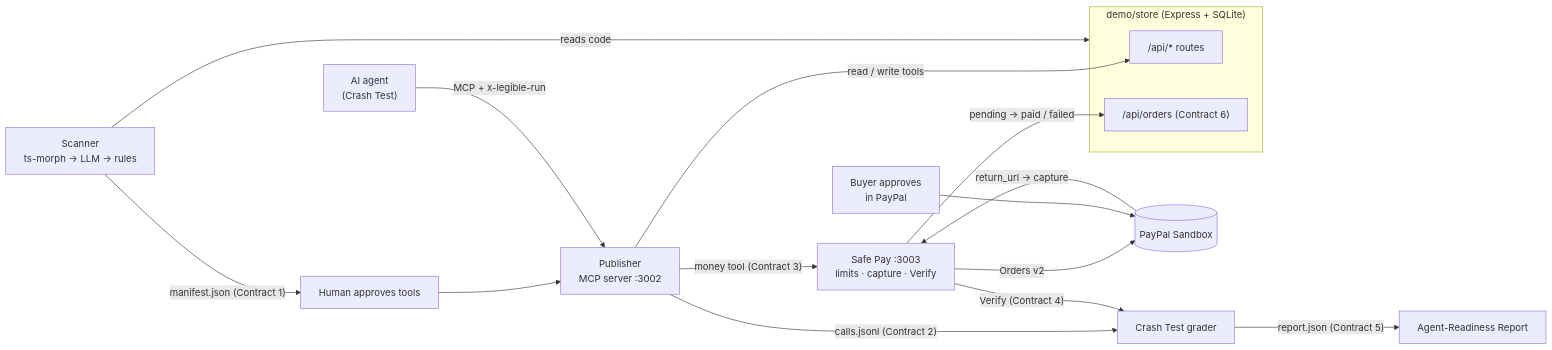
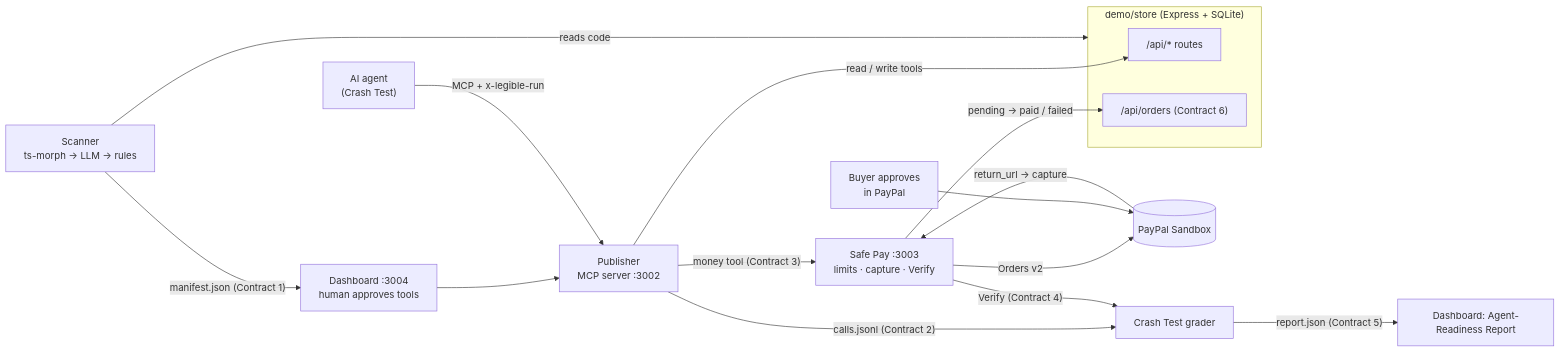
One commit to EshanGoel07/legible changed the diagram in README.md. Above: the diagram before and after it, drawn with Mermaid. The commit also changed other lines of this file and 36 other files, not shown here.

Commit message:
feat(dashboard): tools approval + Agent-Readiness report (bugs on/off), wired into pnpm demo --manual (M6)

````diff
--- a/README.md
+++ b/README.md
@@ -21,20 +21,20 @@
 ```mermaid
 flowchart LR
   subgraph Site["demo/store (Express + SQLite)"]
     API["/api/* routes"]
     Orders["/api/orders (Contract 6)"]
   end
   Scanner["Scanner<br/>ts-morph → LLM → rules"] -- "reads code" --> Site
-  Scanner -- "manifest.json (Contract 1)" --> Human["Human approves tools"]
+  Scanner -- "manifest.json (Contract 1)" --> Human["Dashboard :3004<br/>human approves tools"]
   Human --> Publisher["Publisher<br/>MCP server :3002"]
   Agent["AI agent<br/>(Crash Test)"] -- "MCP + x-legible-run" --> Publisher
   Publisher -- "read / write tools" --> API
   Publisher -- "money tool (Contract 3)" --> SafePay["Safe Pay :3003<br/>limits · capture · Verify"]
   SafePay -- "Orders v2" --> PayPal[("PayPal Sandbox")]
   Buyer["Buyer approves<br/>in PayPal"] --> PayPal
   PayPal -- "return_url → capture" --> SafePay
   SafePay -- "pending → paid / failed" --> Orders
   Publisher -- "calls.jsonl (Contract 2)" --> Crash["Crash Test grader"]
   SafePay -- "Verify (Contract 4)" --> Crash
-  Crash -- "report.json (Contract 5)" --> Report["Agent-Readiness Report"]
+  Crash -- "report.json (Contract 5)" --> Report["Dashboard: Agent-Readiness Report"]
 ```
````
